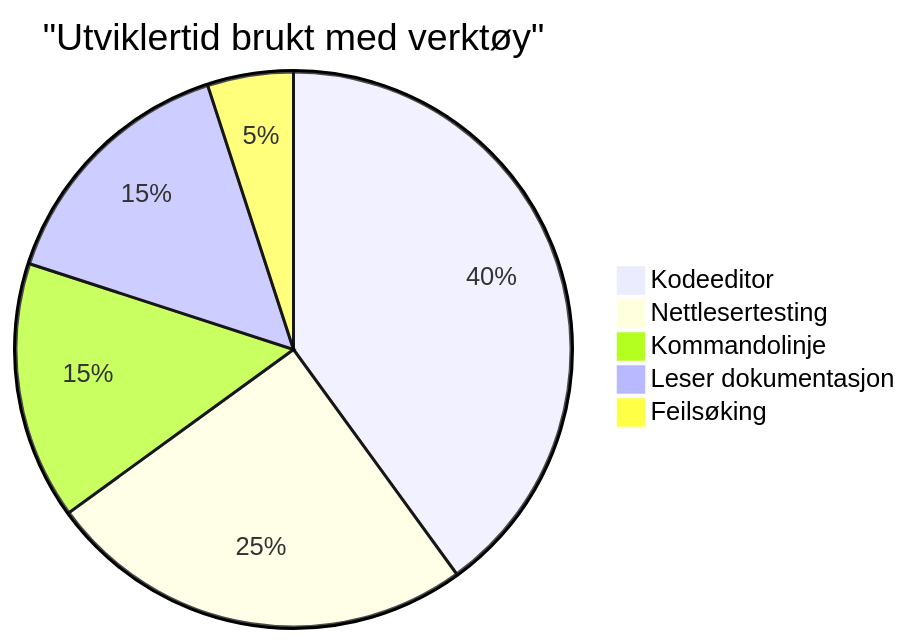
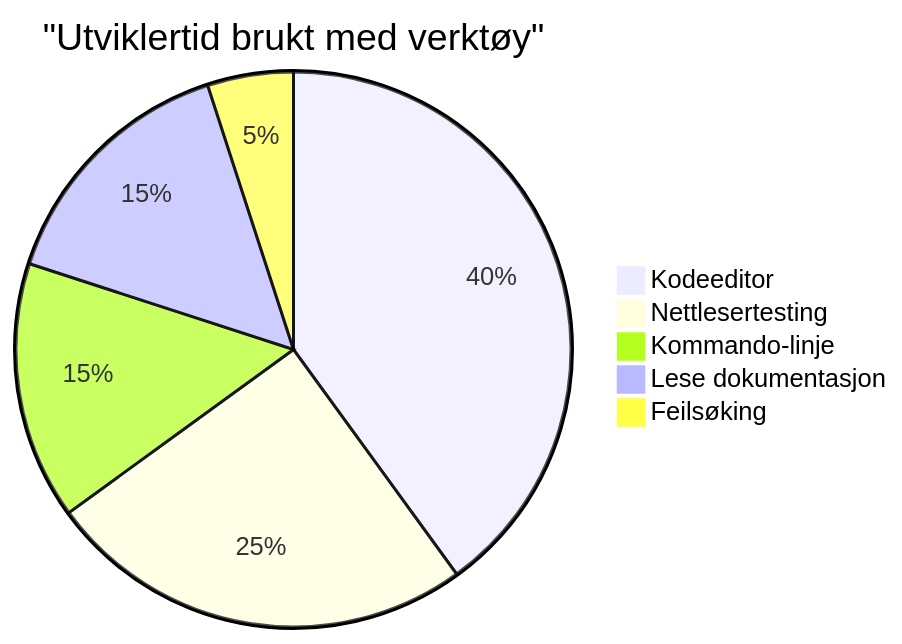
One commit to microsoft/Web-Dev-For-Beginners changed the sixth of 7 diagrams in translations/no/1-getting-started-lessons/1-intro-to-programming-languages/README.md. Above: the diagram before and after it, drawn with Mermaid. The commit also changed other lines of this file and 8 other files, not shown here.

````diff
--- a/translations/no/1-getting-started-lessons/1-intro-to-programming-languages/README.md
+++ b/translations/no/1-getting-started-lessons/1-intro-to-programming-languages/README.md
@@ -713,8 +713,8 @@
 ```mermaid
 pie title "Utviklertid brukt med verktøy"
     "Kodeeditor" : 40
     "Nettlesertesting" : 25
-    "Kommandolinje" : 15
-    "Leser dokumentasjon" : 15
+    "Kommando-linje" : 15
+    "Lese dokumentasjon" : 15
     "Feilsøking" : 5
 ```
````
